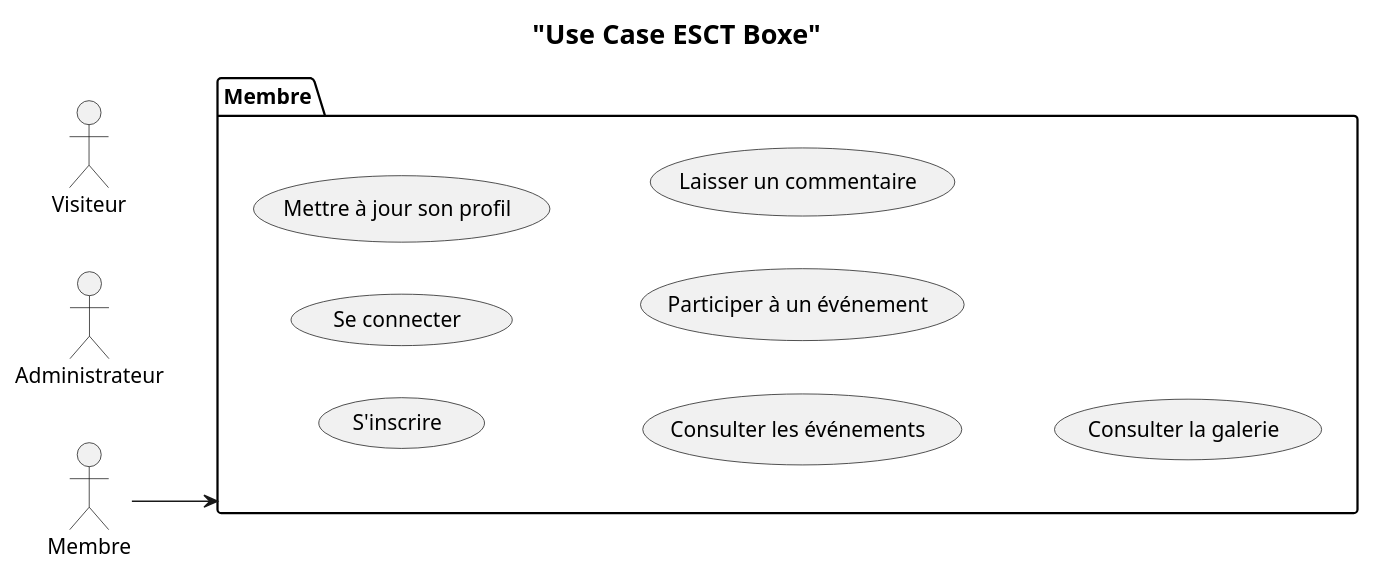
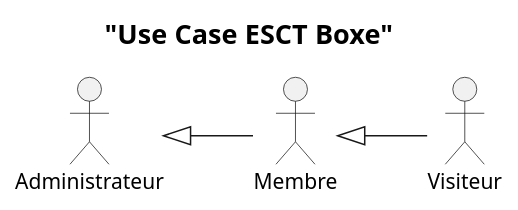
The second of 2 diagrams in conception/usecaseBoxe.puml (redkards/siteEsctBoxe), drawn with PlantUML before and after one commit. The commit also changed other lines of this file and 6 other files, not shown here.

```diff
--- a/conception/usecaseBoxe.puml
+++ b/conception/usecaseBoxe.puml
@@ -95,17 +97,10 @@
 @startuml usecaseESCTBOXE
 title = "Use Case ESCT Boxe"
 left to right direction
 actor Membre as m
 actor Administrateur as a
 actor Visiteur as v
-package "Membre" as packM {
-    useCase "S'inscrire" as signUp
-    useCase "Se connecter" as logIn
-    useCase "Mettre à jour son profil" as updateProfile
-    useCase "Consulter les événements" as viewEvents
-    useCase "Participer à un événement" as participateEvent
-    useCase "Laisser un commentaire" as leaveComment
-    useCase "Consulter la galerie" as viewGallery
-    m --> packM
-}
+
+a<|--m
+m<|--v
 @enduml
```
